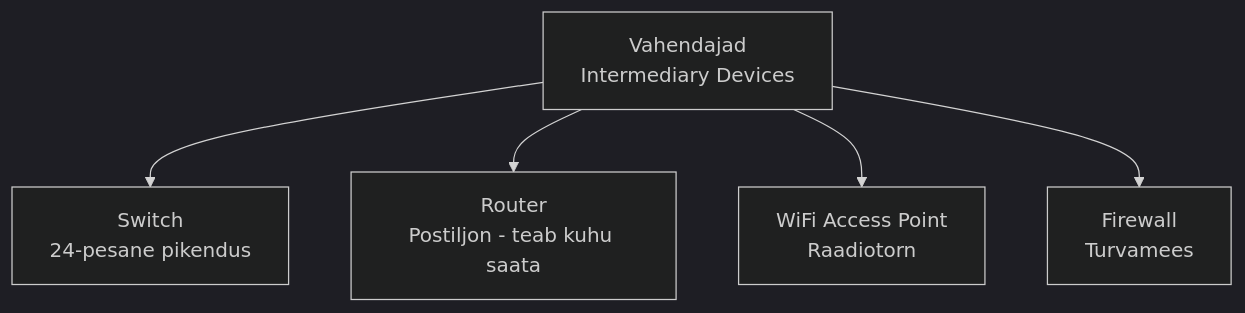
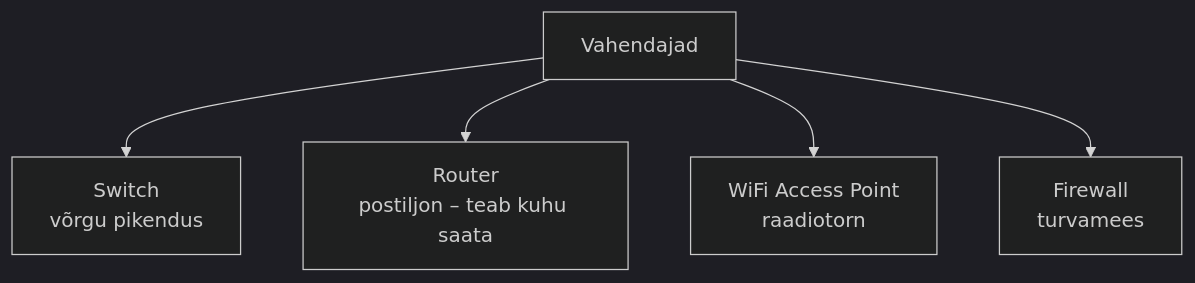
One commit to mtalvik/av_alused changed the seventh of 11 diagrams in Lecture/loeng1_slaidid.md. Above: the diagram before and after it, drawn with Mermaid (dark theme). The commit also changed other lines of this file and 2 other files, not shown here.

````diff
--- a/Lecture/loeng1_slaidid.md
+++ b/Lecture/loeng1_slaidid.md
@@ -155,7 +156,7 @@
 ```mermaid
 graph TD
-    A[Vahendajad<br/>Intermediary Devices] --> B[Switch<br/>24-pesane pikendus]
-    A --> C[Router<br/>Postiljon - teab kuhu saata]
-    A --> D[WiFi Access Point<br/>Raadiotorn]
-    A --> E[Firewall<br/>Turvamees]
+    A[Vahendajad] --> B[Switch<br/>võrgu pikendus]
+    A --> C[Router<br/>postiljon – teab kuhu saata]
+    A --> D[WiFi Access Point<br/>raadiotorn]
+    A --> E[Firewall<br/>turvamees]
 ```
````
